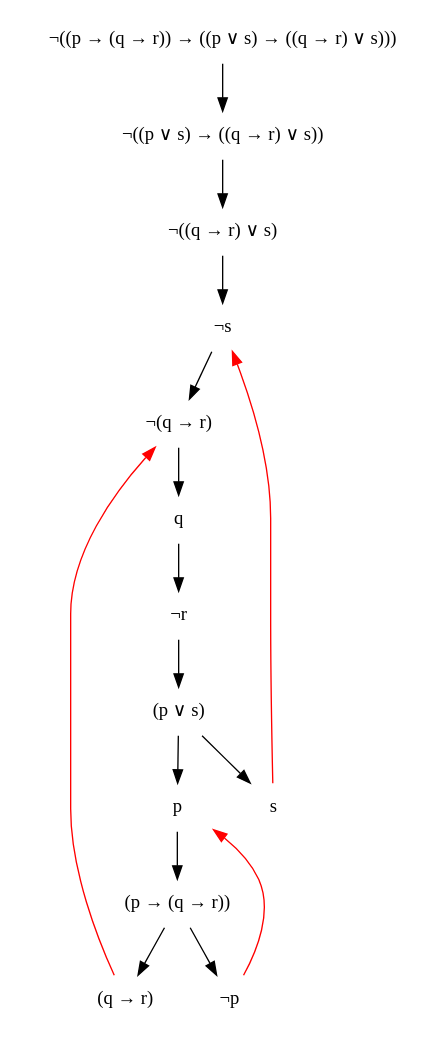
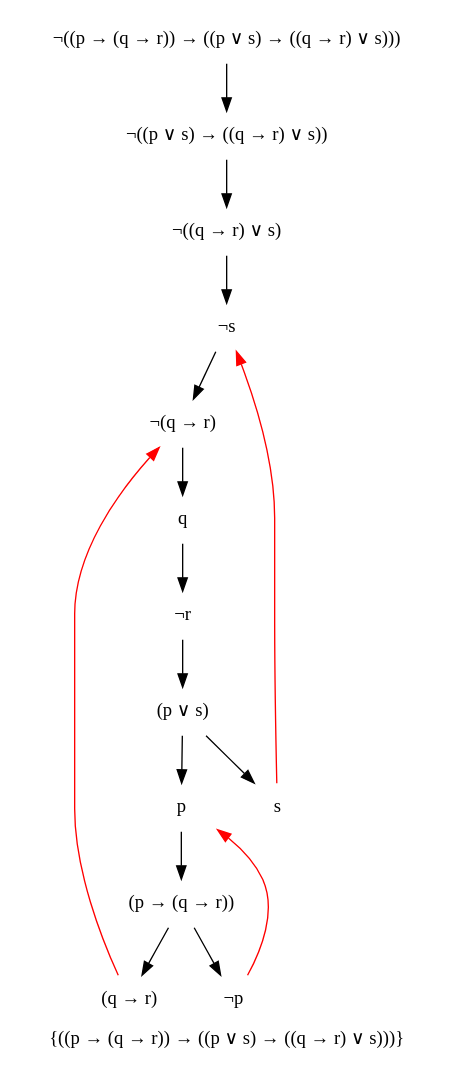
Before and after one commit to rispoli/seq-tab: the diagram in graphviz_files/e.dot, drawn with Graphviz. The commit also changed 50 other files, not shown here.

```diff
--- a/graphviz_files/e.dot
+++ b/graphviz_files/e.dot
@@ -1,31 +1,32 @@
 digraph G {
+	label = "{((p &rarr; (q &rarr; r)) &rarr; ((p &or; s) &rarr; ((q &rarr; r) &or; s)))}";
 	node [ shape = "plaintext" ];
 	0 [ label = "&not;((p &rarr; (q &rarr; r)) &rarr; ((p &or; s) &rarr; ((q &rarr; r) &or; s)))" ];
 	1 [ label = "&not;((p &or; s) &rarr; ((q &rarr; r) &or; s))" ];
 	0 -> 1;
 	2 [ label = "&not;((q &rarr; r) &or; s)" ];
 	1 -> 2;
 	3 [ label = "&not;s" ];
 	2 -> 3;
 	4 [ label = "&not;(q &rarr; r)" ];
 	3 -> 4;
 	5 [ label = "q" ];
 	4 -> 5;
 	6 [ label = "&not;r" ];
 	5 -> 6;
 	7 [ label = "(p &or; s)" ];
 	6 -> 7;
 	8 [ label = "p" ];
 	7 -> 8;
 	9 [ label = "(p &rarr; (q &rarr; r))" ];
 	8 -> 9;
 	10 [ label = "&not;p" ];
 	9 -> 10;
 	10 -> 8 [ arrowtail = "normal", color = "red" ];
 	11 [ label = "(q &rarr; r)" ];
 	9 -> 11;
 	11 -> 4 [ arrowtail = "normal", color = "red" ];
 	12 [ label = "s" ];
 	7 -> 12;
 	12 -> 3 [ arrowtail = "normal", color = "red" ];
 }
```
